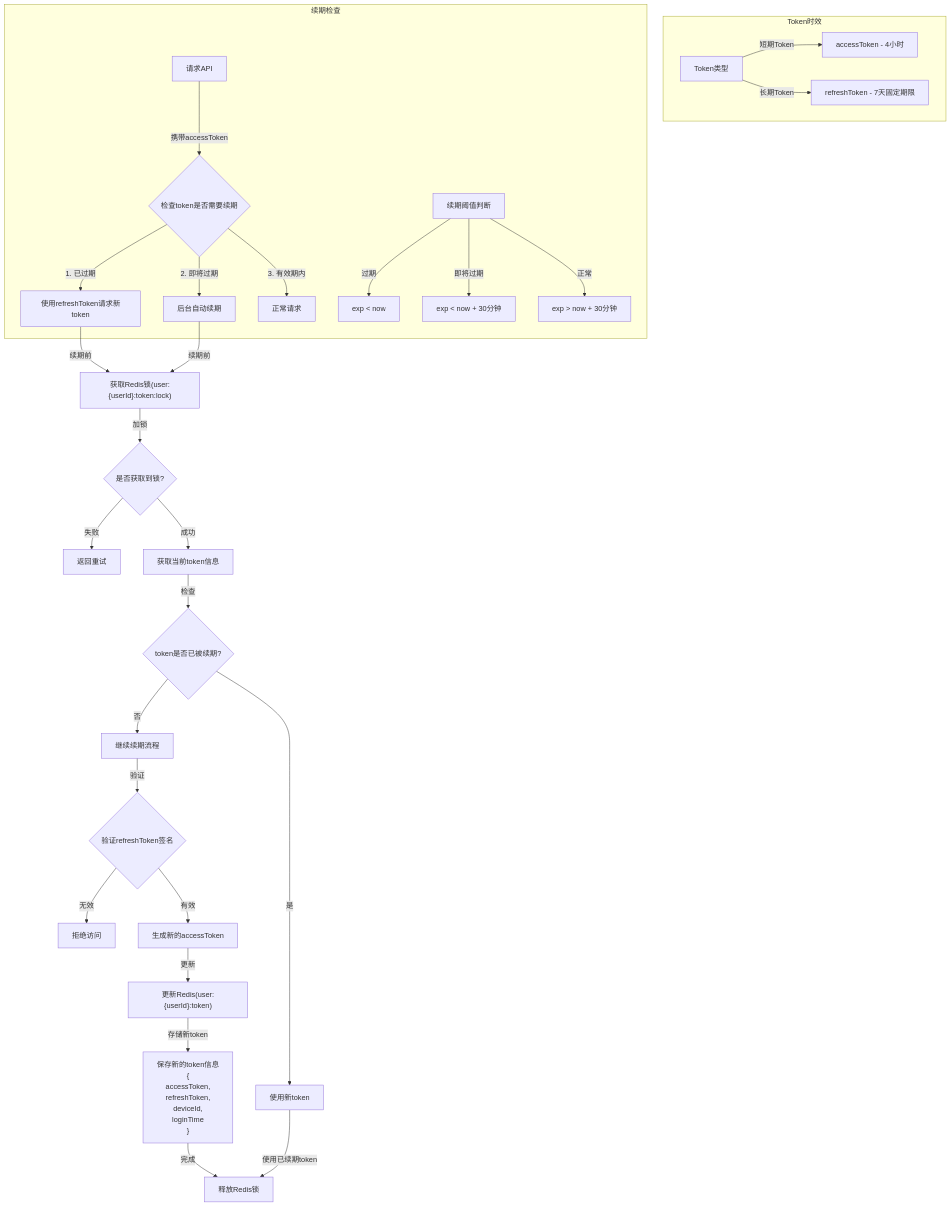
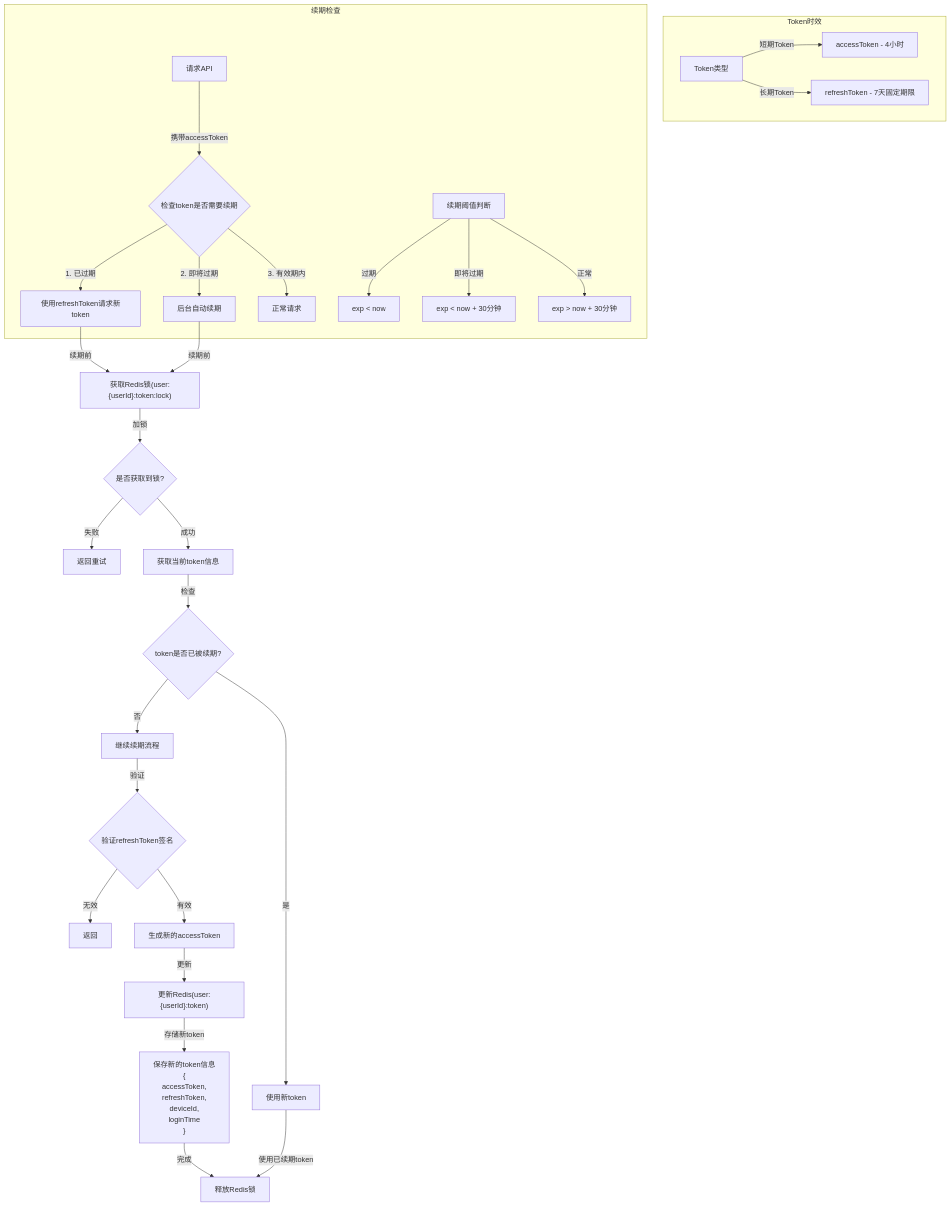
Before and after one commit to yingjianzh/iodraw-files: the diagram in all/考虑修改-15.md, drawn with Mermaid.

Commit message:
2025-01-03 09:50:00 update

````diff
--- a/all/考虑修改-15.md
+++ b/all/考虑修改-15.md
@@ -1,48 +1,48 @@
 ```mermaid
 flowchart TD
     subgraph Token时效
         A[Token类型] -->|短期Token| B[accessToken - 4小时]
         A -->|长期Token| C[refreshToken - 7天固定期限]
     end
 
     subgraph 续期检查
         F[请求API] -->|携带accessToken| G{检查token是否需要续期}
         G -->|1. 已过期| H[使用refreshToken请求新token]
         G -->|2. 即将过期| I[后台自动续期]
         G -->|3. 有效期内| J[正常请求]
         
         %% 续期阈值判断
         K[续期阈值判断]
         K -->|过期| L[exp < now]
         K -->|即将过期| M[exp < now + 30分钟]
         K -->|正常| N[exp > now + 30分钟]
     end
 
     %% 并发控制和续期流程
     H & I -->|续期前| LC["获取Redis锁(user:{userId}:token:lock)"]
     LC -->|加锁| LD{是否获取到锁?}
     LD -->|失败| LE[返回重试]
     LD -->|成功| LF[获取当前token信息]
     LF -->|检查| LG{token是否已被续期?}
     LG -->|是| LH[使用新token]
     LG -->|否| LI[继续续期流程]   
 
     %% Token验证和生成
     LI -->|验证| O{验证refreshToken签名}
-    O -->|无效| P[拒绝访问]
+    O -->|无效| P[返回]
     O -->|有效| Q[生成新的accessToken]
     
     %% 更新Redis存储
     Q -->|更新| R["更新Redis(user:{userId}:token)"]
     R -->|存储新token| S["保存新的token信息 
     {
         accessToken,
         refreshToken,
         deviceId,
         loginTime
     }"]
 
     %% 释放锁
     S -->|完成| T[释放Redis锁]
     LH -->|使用已续期token| T
 ```
````
